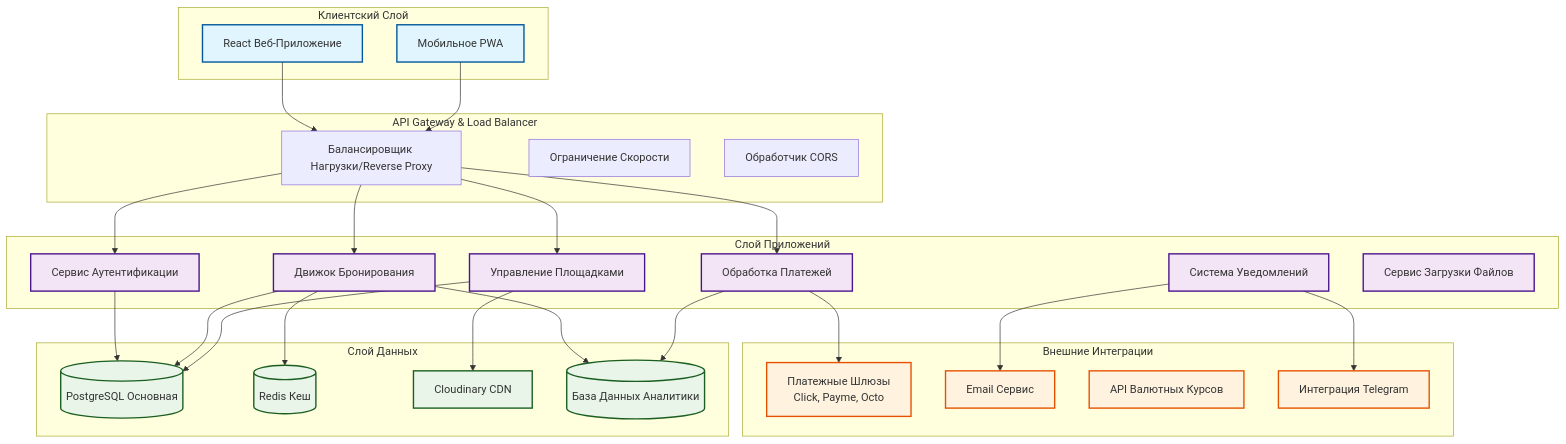
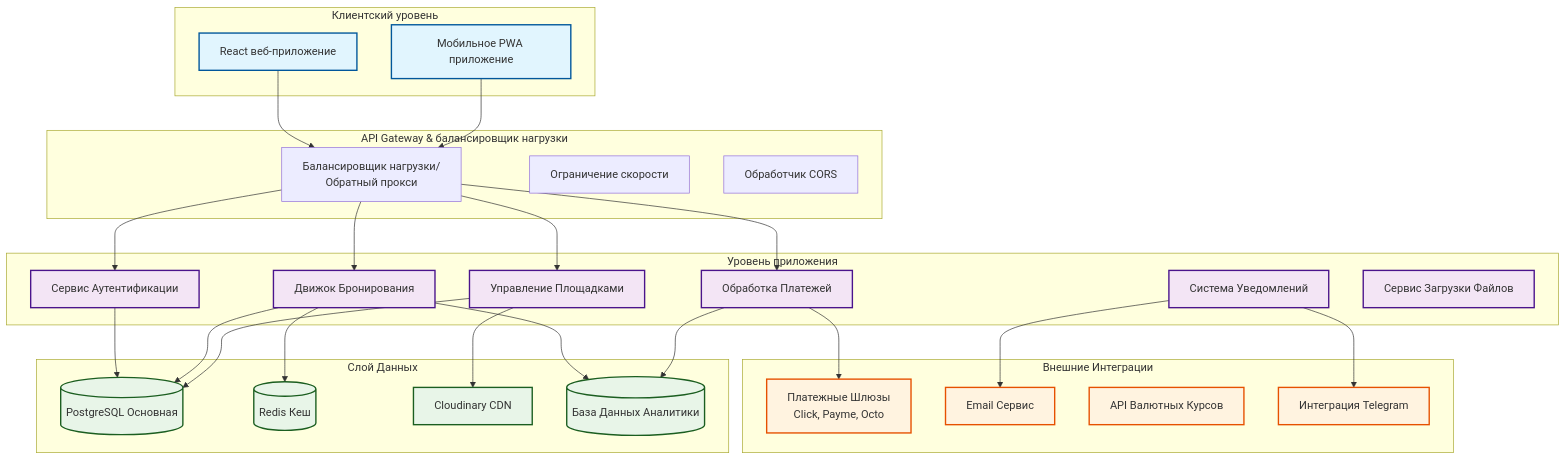
One commit to ConfHubTeam/ConferenceHub changed the first of 9 diagrams in README_RU.md. Above: the diagram before and after it, drawn with Mermaid. The commit also changed other lines of this file, not shown here.

````diff
--- a/README_RU.md
+++ b/README_RU.md
@@ -37,65 +37,65 @@
 ```mermaid
 graph TB
-    subgraph "Клиентский Слой"
-        WebApp[React Веб-Приложение]
-        Mobile[Мобильное PWA]
+    subgraph "Клиентский уровень"
+        WebApp[React веб-приложение]
+        Mobile[Мобильное PWA приложение]
     end
     
-    subgraph "API Gateway & Load Balancer"
-        LB[Балансировщик Нагрузки/Reverse Proxy]
-        RateLimit[Ограничение Скорости]
+    subgraph "API Gateway & балансировщик нагрузки"
+        LB[Балансировщик нагрузки/Обратный прокси]
+        RateLimit[Ограничение скорости]
         CORS[Обработчик CORS]
     end
     
-    subgraph "Слой Приложений"
+    subgraph "Уровень приложения"
         AuthService[Сервис Аутентификации]
         BookingService[Движок Бронирования]
         PlaceService[Управление Площадками]
         PaymentService[Обработка Платежей]
         NotificationService[Система Уведомлений]
         FileService[Сервис Загрузки Файлов]
     end
     
     subgraph "Слой Данных"
         PrimaryDB[(PostgreSQL Основная)]
         Redis[(Redis Кеш)]
         Cloudinary[Cloudinary CDN]
         Analytics[(База Данных Аналитики)]
     end
     
     subgraph "Внешние Интеграции"
         PaymentGW[Платежные Шлюзы<br/>Click, Payme, Octo]
         EmailSMTP[Email Сервис]
         CurrencyAPI[API Валютных Курсов]
         TelegramBot[Интеграция Telegram]
     end
     
     WebApp --> LB
     Mobile --> LB
     LB --> AuthService
     LB --> BookingService
     LB --> PlaceService
     LB --> PaymentService
     
     AuthService --> PrimaryDB
     BookingService --> PrimaryDB
     BookingService --> Redis
     PlaceService --> PrimaryDB
     PlaceService --> Cloudinary
     PaymentService --> PaymentGW
     NotificationService --> EmailSMTP
     NotificationService --> TelegramBot
     
     BookingService --> Analytics
     PaymentService --> Analytics
     
     classDef clientLayer fill:#e1f5fe,stroke:#01579b,stroke-width:2px
     classDef serviceLayer fill:#f3e5f5,stroke:#4a148c,stroke-width:2px
     classDef dataLayer fill:#e8f5e8,stroke:#1b5e20,stroke-width:2px
     classDef externalLayer fill:#fff3e0,stroke:#e65100,stroke-width:2px
     
     class WebApp,Mobile clientLayer
     class AuthService,BookingService,PlaceService,PaymentService,NotificationService,FileService serviceLayer
     class PrimaryDB,Redis,Cloudinary,Analytics dataLayer
     class PaymentGW,EmailSMTP,CurrencyAPI,TelegramBot externalLayer
 ```
````
